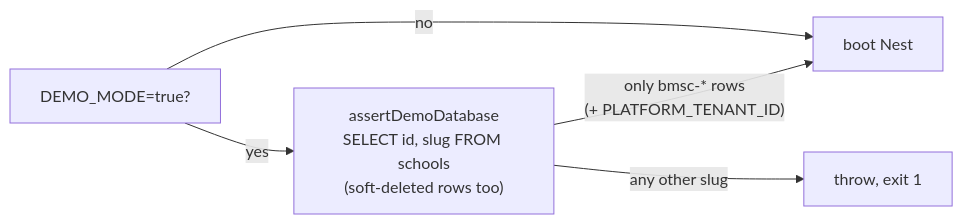
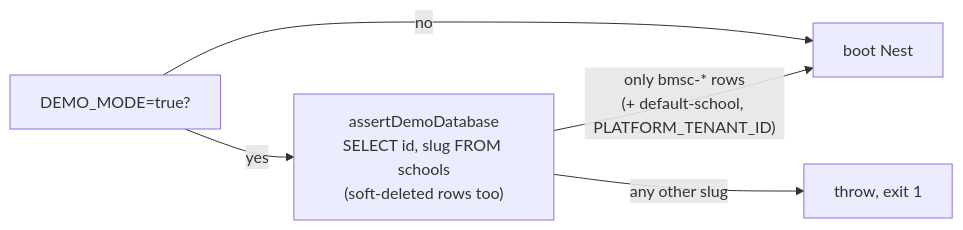
Diagram 17 of 23 in docs/architecture/08-security.md (tareq89/biddaloy), drawn with Mermaid before and after one commit. The commit also changed 2 other files, not shown here.

Commit message:
fix(demo): boot check allows the migrated default-school row (#2157)
Every migrated database holds a default-school row with a random uuid
(MultiTenantAuth migration). The boot check exempted only
PLATFORM_TENANT_ID, which nothing sets to that id, so a correctly built
demo database could never boot. It now exempts the default-school slug,
the same rule the seed runner's guard 3 uses. A real database still has
real schools besides it and is still refused.

````diff
--- a/docs/architecture/08-security.md
+++ b/docs/architecture/08-security.md
@@ -875,7 +875,7 @@
 ```mermaid
 flowchart LR
   A["DEMO_MODE=true?"] -->|no| N[boot Nest]
   A -->|yes| B["assertDemoDatabase<br/>SELECT id, slug FROM schools<br/>(soft-deleted rows too)"]
-  B -->|"only bmsc-* rows<br/>(+ PLATFORM_TENANT_ID)"| N
+  B -->|"only bmsc-* rows<br/>(+ default-school, PLATFORM_TENANT_ID)"| N
   B -->|"any other slug"| X["throw, exit 1"]
 ```
````
